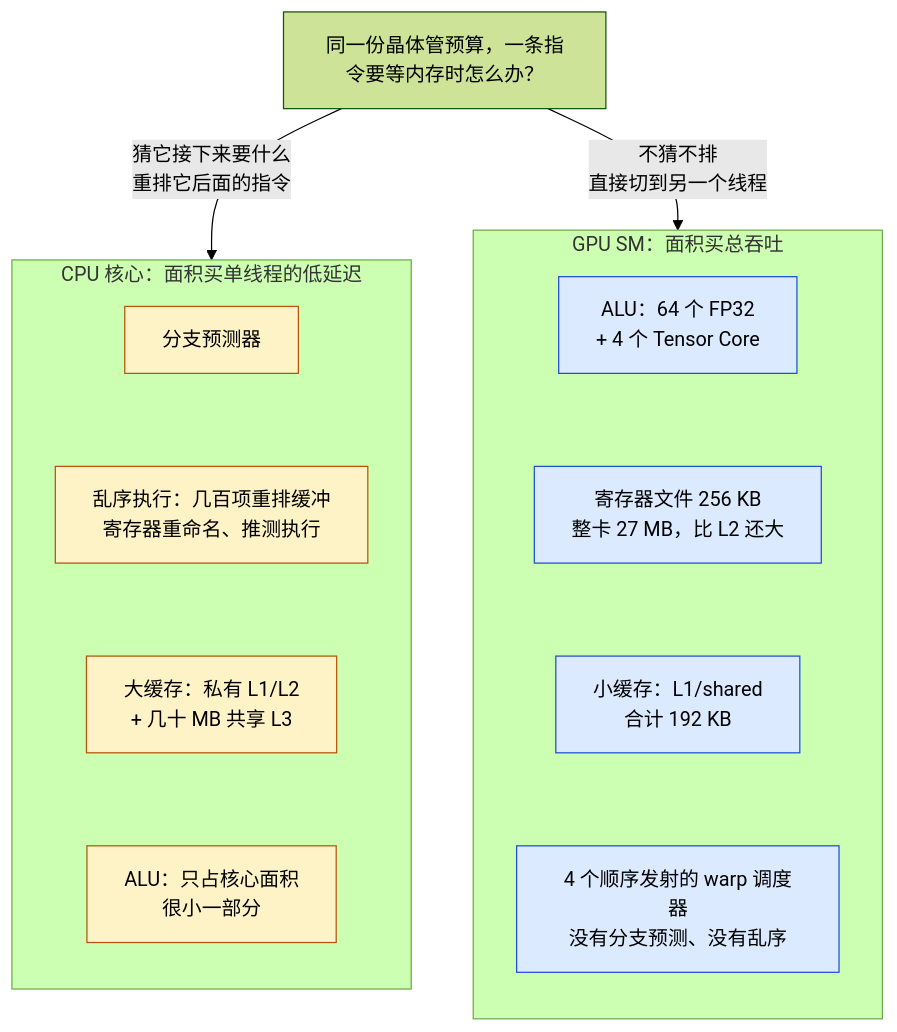
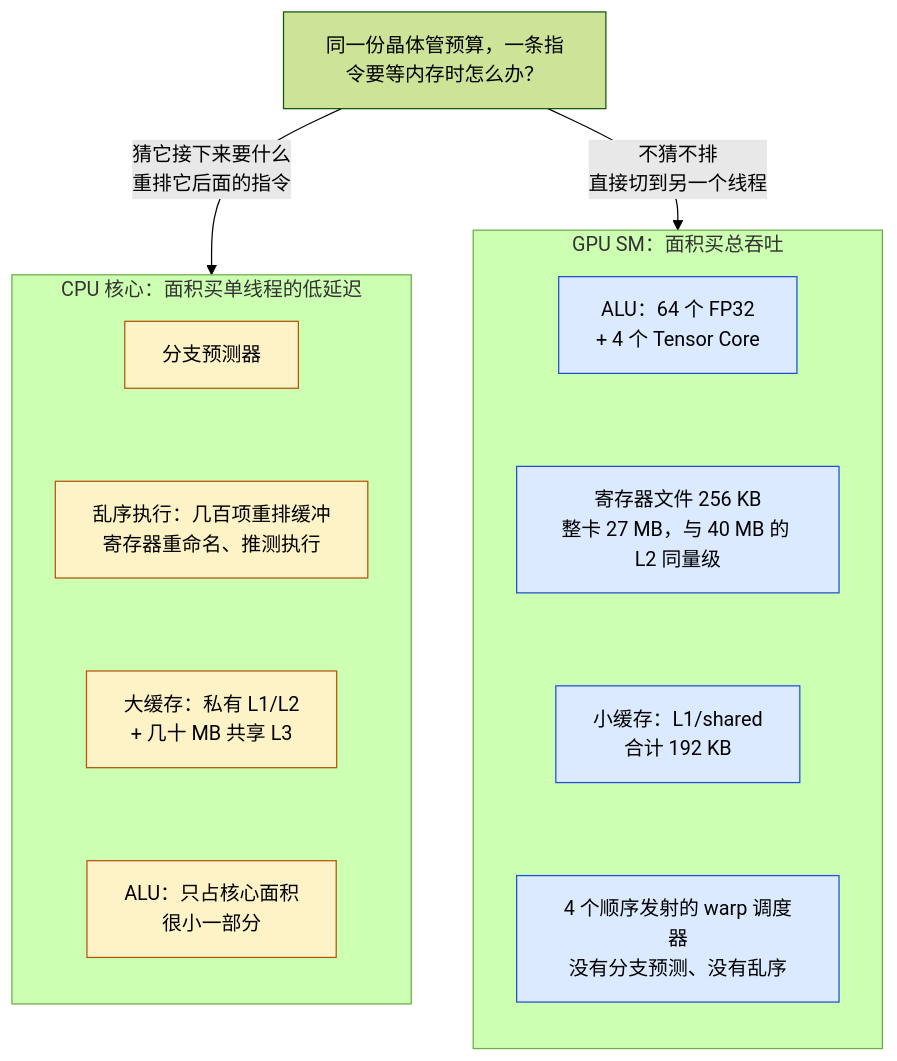
The first of 15 diagrams in _posts/2026-05-11-gpu-architecture-and-roofline.md (arganzheng/arganzheng.github.com), drawn with Mermaid (forest theme) before and after one commit. The commit also changed other lines of this file and 2 other files, not shown here.

First line of the commit message:
按划线评论修订 Infra 05 GPU Kernel 总纲与第一篇

````diff
--- a/_posts/2026-05-11-gpu-architecture-and-roofline.md
+++ b/_posts/2026-05-11-gpu-architecture-and-roofline.md
@@ -46,16 +50,17 @@
 ```mermaid
+%% 同一份晶体管预算，CPU 与 GPU 各花在了哪里
 flowchart TB
     classDef cpu fill:#fef3c7,stroke:#b45309
     classDef gpu fill:#dbeafe,stroke:#1d4ed8
     Q["同一份晶体管预算，一条指令要等内存时怎么办？"]
     subgraph CPU["CPU 核心：面积买单线程的低延迟"]
         direction TB
         C1["分支预测器"]:::cpu ~~~ C2["乱序执行：几百项重排缓冲<br/>寄存器重命名、推测执行"]:::cpu ~~~ C3["大缓存：私有 L1/L2<br/>+ 几十 MB 共享 L3"]:::cpu ~~~ C4["ALU：只占核心面积<br/>很小一部分"]:::cpu
     end
     subgraph GPU["GPU SM：面积买总吞吐"]
         direction TB
-        G1["ALU：64 个 FP32<br/>+ 4 个 Tensor Core"]:::gpu ~~~ G2["寄存器文件 256 KB<br/>整卡 27 MB，比 L2 还大"]:::gpu ~~~ G3["小缓存：L1/shared<br/>合计 192 KB"]:::gpu ~~~ G4["4 个顺序发射的 warp 调度器<br/>没有分支预测、没有乱序"]:::gpu
+        G1["ALU：64 个 FP32<br/>+ 4 个 Tensor Core"]:::gpu ~~~ G2["寄存器文件 256 KB<br/>整卡 27 MB，与 40 MB 的 L2 同量级"]:::gpu ~~~ G3["小缓存：L1/shared<br/>合计 192 KB"]:::gpu ~~~ G4["4 个顺序发射的 warp 调度器<br/>没有分支预测、没有乱序"]:::gpu
     end
     Q -->|"猜它接下来要什么<br/>重排它后面的指令"| CPU
     Q -->|"不猜不排<br/>直接切到另一个线程"| GPU
 ```
````
